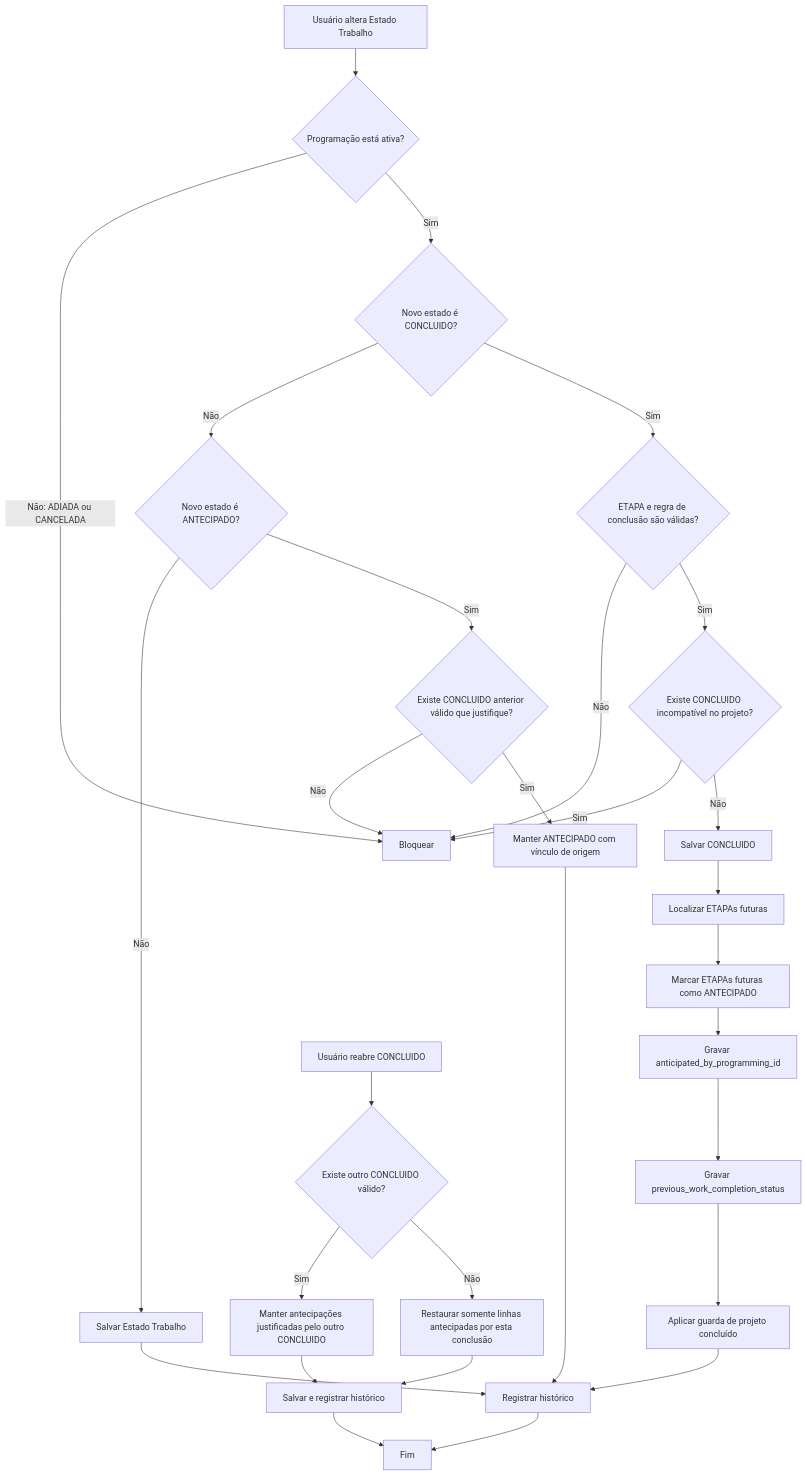
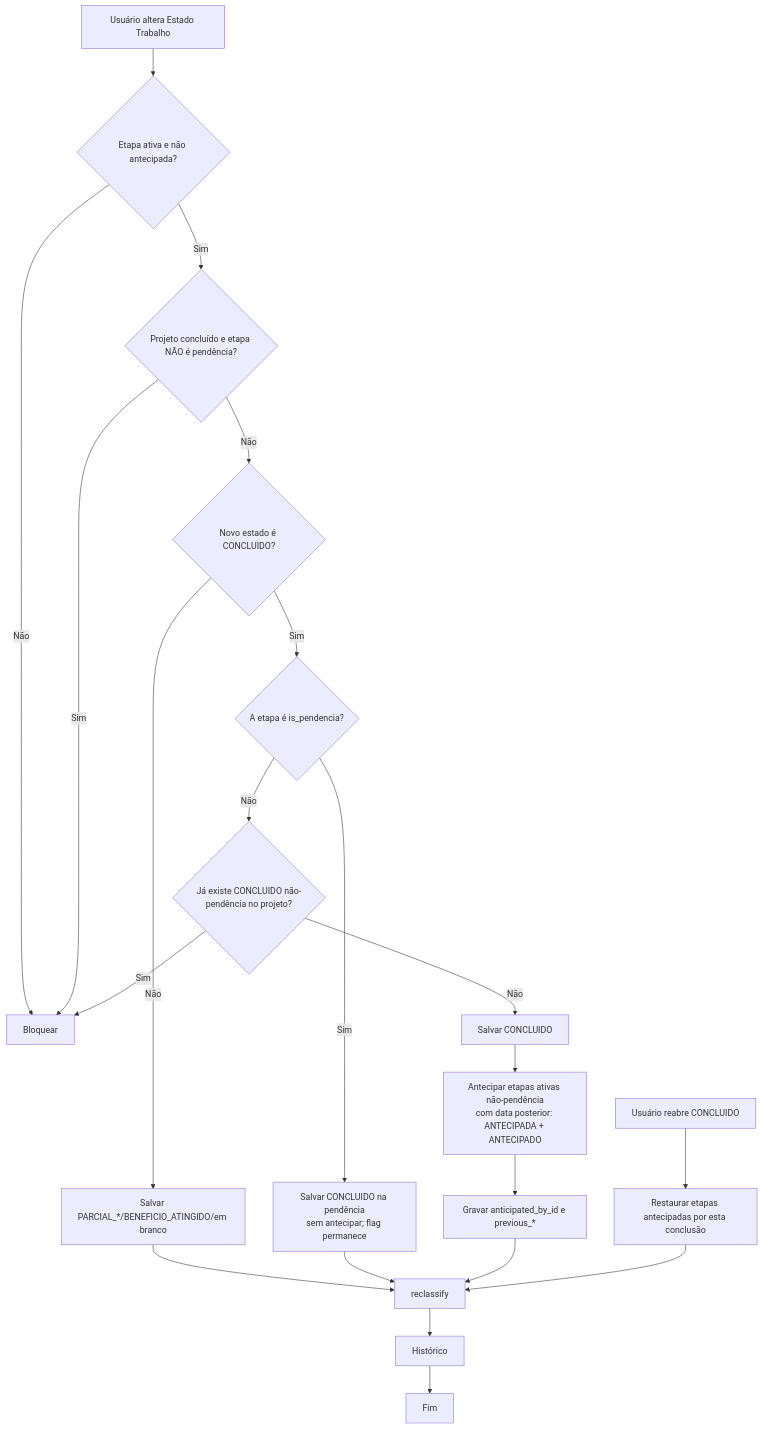
One commit to fabriciogama26/Indica-controle changed the second of 2 diagrams in docs/planejamento/Fluxo_Programacao.md. Above: the diagram before and after it, drawn with Mermaid. The commit also changed other lines of this file and 24 other files, not shown here.

````diff
--- a/docs/planejamento/Fluxo_Programacao.md
+++ b/docs/planejamento/Fluxo_Programacao.md
@@ -608,37 +243,24 @@
 ```mermaid
 flowchart TD
-    A[Usuário altera Estado Trabalho] --> B{Programação está ativa?}
+    A[Usuário altera Estado Trabalho] --> B{Etapa ativa e não antecipada?}
+    B -->|Não| X[Bloquear]
+    B -->|Sim| G{Projeto concluído e etapa NÃO é pendência?}
+    G -->|Sim| X
+    G -->|Não| C{Novo estado é CONCLUIDO?}
 
-    B -->|Não: ADIADA ou CANCELADA| X[Bloquear]
-    B -->|Sim| C{Novo estado é CONCLUIDO?}
+    C -->|Não| E[Salvar PARCIAL_*/BENEFICIO_ATINGIDO/em branco]
+    E --> R[reclassify] --> F[Histórico] --> Z[Fim]
 
-    C -->|Não| D{Novo estado é ANTECIPADO?}
-    D -->|Não| E[Salvar Estado Trabalho]
-    E --> F[Registrar histórico]
-    F --> Z[Fim]
+    C -->|Sim| J{A etapa é is_pendencia?}
+    J -->|Sim| K1[Salvar CONCLUIDO na pendência<br/>sem antecipar; flag permanece]
+    K1 --> R
+    J -->|Não| J1{Já existe CONCLUIDO não-pendência no projeto?}
+    J1 -->|Sim| X
+    J1 -->|Não| K2[Salvar CONCLUIDO]
+    K2 --> L[Antecipar etapas ativas não-pendência<br/>com data posterior: ANTECIPADA + ANTECIPADO]
+    L --> M[Gravar anticipated_by_id e previous_*]
+    M --> R
 
-    D -->|Sim| G{Existe CONCLUIDO anterior válido que justifique?}
-    G -->|Não| X
-    G -->|Sim| H[Manter ANTECIPADO com vínculo de origem]
-    H --> F
-
-    C -->|Sim| I{ETAPA e regra de conclusão são válidas?}
-    I -->|Não| X
-    I -->|Sim| J{Existe CONCLUIDO incompatível no projeto?}
-    J -->|Sim| X
-    J -->|Não| K[Salvar CONCLUIDO]
-
-    K --> L[Localizar ETAPAs futuras]
-    L --> M[Marcar ETAPAs futuras como ANTECIPADO]
-    M --> N[Gravar anticipated_by_programming_id]
-    N --> O[Gravar previous_work_completion_status]
-    O --> P[Aplicar guarda de projeto concluído]
-    P --> F
-
-    Q[Usuário reabre CONCLUIDO] --> R{Existe outro CONCLUIDO válido?}
-    R -->|Sim| S[Manter antecipações justificadas pelo outro CONCLUIDO]
-    R -->|Não| T[Restaurar somente linhas antecipadas por esta conclusão]
-    S --> U[Salvar e registrar histórico]
-    T --> U
-    U --> Z
+    Q[Usuário reabre CONCLUIDO] --> T[Restaurar etapas antecipadas por esta conclusão]
+    T --> R
 ```
````
